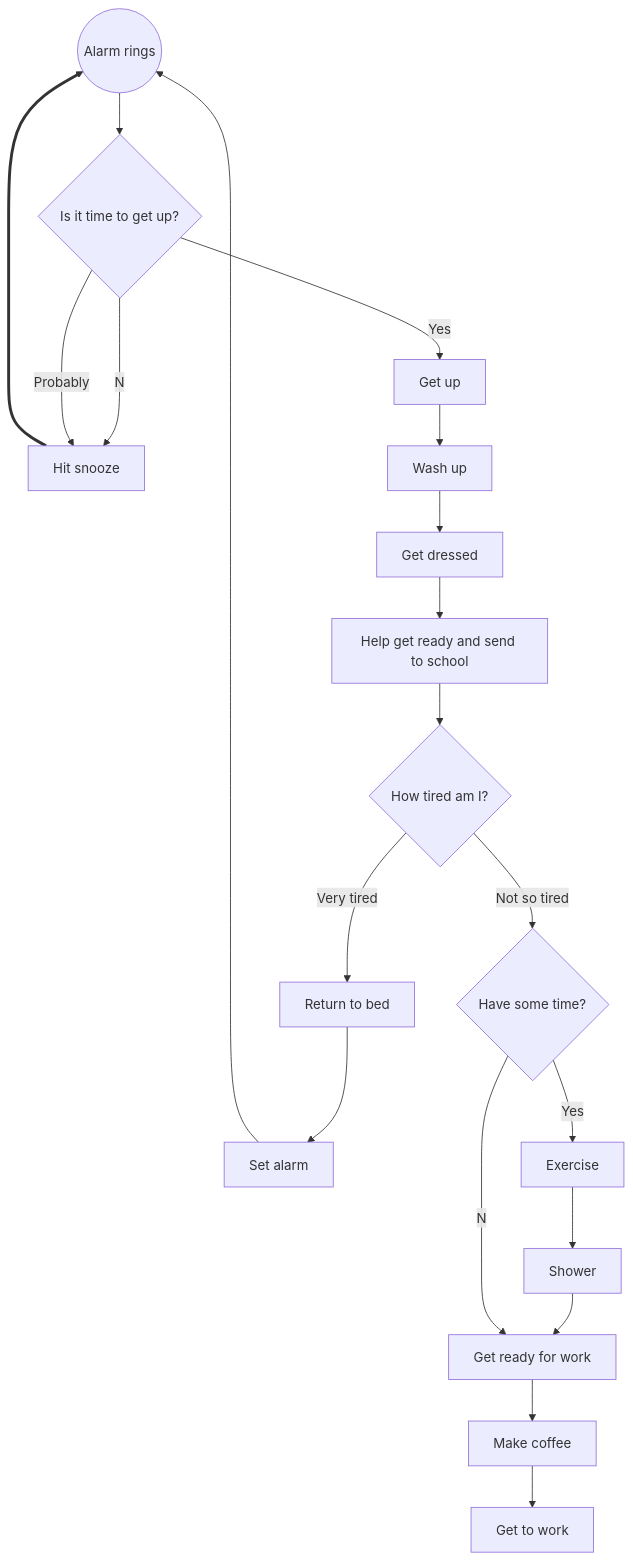
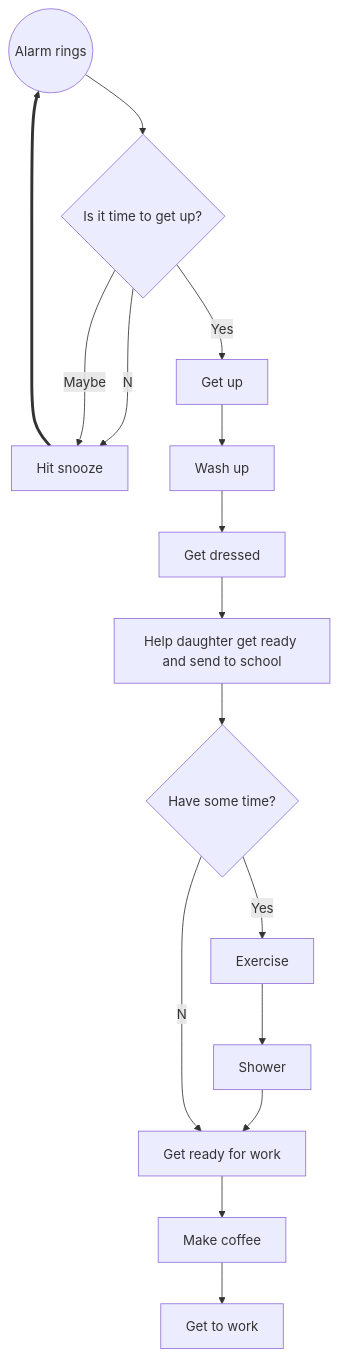
The diagram in student-work/2023/Sharon-Schnee/mermaid-morning-routine.md (Laura-Novich-OBW/student-showcase), drawn with Mermaid before and after one commit.

Commit message:
Update mermaid-morning-routine.md
final

````diff
--- a/student-work/2023/Sharon-Schnee/mermaid-morning-routine.md
+++ b/student-work/2023/Sharon-Schnee/mermaid-morning-routine.md
@@ -3,22 +3,18 @@
 ```mermaid
    flowchart TD
    A((Alarm rings))-->B{Is it time to get up?};
    B--No-->C[Hit snooze];
-   B--Probably-->C[Hit snooze];
+   B--Maybe-->C[Hit snooze];
    B--Yes-->D[Get up];
    C==>A;
    D-->E[Wash up];
    E-->F[Get dressed];
-   F-->G[Help get ready and send to school];
-   G-->H{How tired am I?};
-   H--Very tired-->I[Return to bed];
-   I-->J[Set alarm];
-   J-->A;
-   H--Not so tired-->K{Have some time?};
-   K--Yes-->L[Exercise];
-   L-->M[Shower];
-   M-->N[Get ready for work];
-   K--No-->N;
-   N-->O[Make coffee];
-   O-->P[Get to work]
+   F-->G[Help daughter get ready and send to school];
+   G-->H{Have some time?};
+   H--Yes-->N[Exercise];
+   N-->O[Shower];
+   O-->P[Get ready for work];
+   H--No-->P;
+   P-->Q[Make coffee];
+   Q-->R[Get to work]
 ```
````
